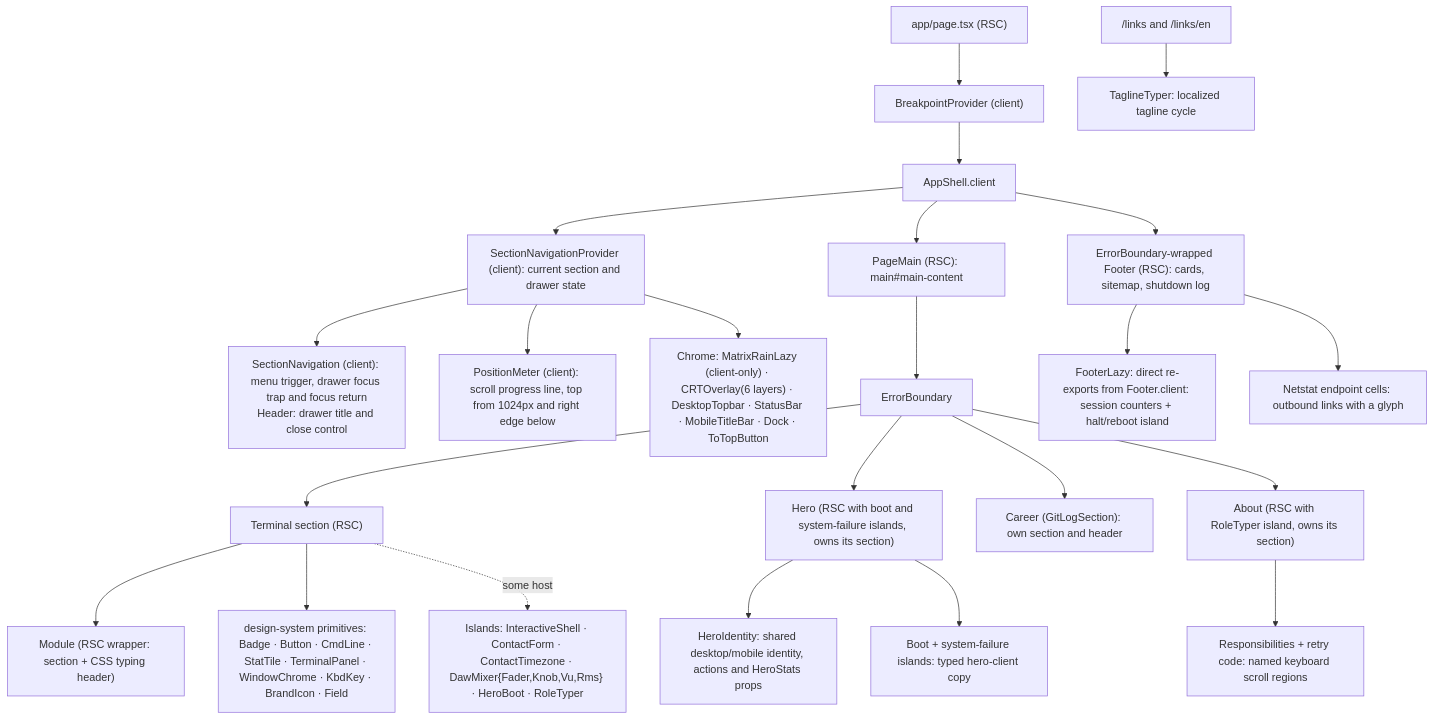
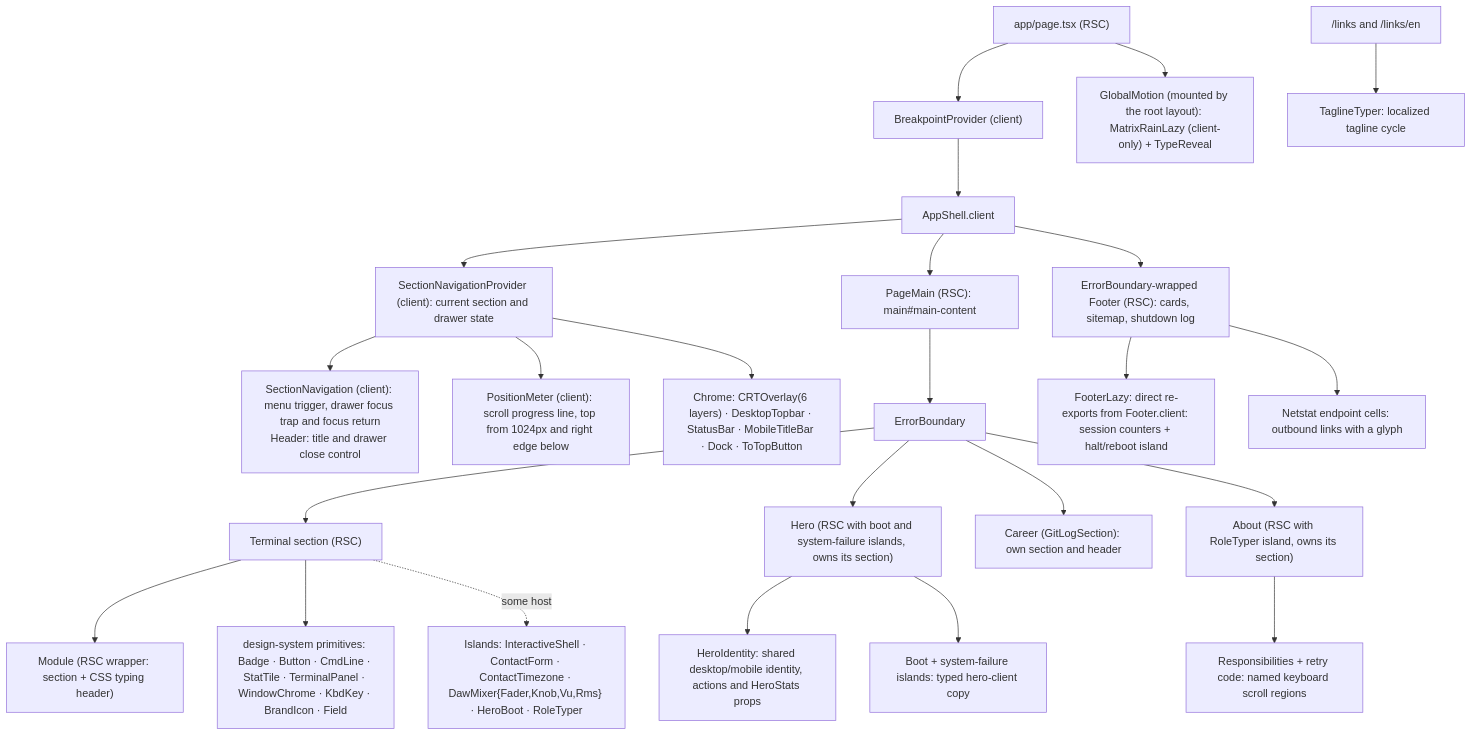
One commit to erikunha/portfolio changed the first of 2 diagrams in docs/04-components-and-state.md. Above: the diagram before and after it, drawn with Mermaid. The commit also changed other lines of this file and 26 other files, not shown here.

First line of the commit message:
docs(sync): re-sync docs and mermaid diagrams to the redesigned chrome

````diff
--- a/docs/04-components-and-state.md
+++ b/docs/04-components-and-state.md
@@ -30,25 +30,26 @@
 ```mermaid
 flowchart TD
     page["app/page.tsx (RSC)"] --> bp["BreakpointProvider (client)"]
     bp --> shell["AppShell.client"]
     shell --> navigation["SectionNavigationProvider (client): current section and drawer state"]
-    navigation --> rail["SectionNavigation (client): menu trigger, drawer focus trap and focus return<br/>Header: drawer title and close control"]
+    navigation --> rail["SectionNavigation (client): menu trigger, drawer focus trap and focus return<br/>Header: title and drawer close control"]
     navigation --> position["PositionMeter (client): scroll progress line, top from 1024px and right edge below"]
-    navigation --> chrome["Chrome: MatrixRainLazy (client-only) · CRTOverlay(6 layers) · DesktopTopbar · StatusBar · MobileTitleBar · Dock · ToTopButton"]
+    navigation --> chrome["Chrome: CRTOverlay(6 layers) · DesktopTopbar · StatusBar · MobileTitleBar · Dock · ToTopButton"]
+    page --> gm["GlobalMotion (mounted by the root layout): MatrixRainLazy (client-only) + TypeReveal"]
     shell --> main["PageMain (RSC): main#main-content"]
     main --> eb["ErrorBoundary"]
     eb --> sec["Terminal section (RSC)"]
     sec --> mod["Module (RSC wrapper: section + CSS typing header)"]
     sec --> dsp["design-system primitives: Badge · Button · CmdLine · StatTile · TerminalPanel · WindowChrome · KbdKey · BrandIcon · Field"]
     sec -. some host .-> isl["Islands: InteractiveShell · ContactForm · ContactTimezone · DawMixer{Fader,Knob,Vu,Rms} · HeroBoot · RoleTyper"]
     eb --> hero["Hero (RSC with boot and system-failure islands, owns its section)"]
     hero --> identity["HeroIdentity: shared desktop/mobile identity, actions and HeroStats props"]
     hero --> clientcopy["Boot + system-failure islands: typed hero-client copy"]
     eb --> career["Career (GitLogSection): own section and header"]
     eb --> about["About (RSC with RoleTyper island, owns its section)"]
     about --> scroll["Responsibilities + retry code: named keyboard scroll regions"]
     shell --> fl["ErrorBoundary-wrapped Footer (RSC): cards, sitemap, shutdown log"]
     fl --> fi["FooterLazy: direct re-exports from Footer.client: session counters + halt/reboot island"]
     fl --> fc["Netstat endpoint cells: outbound links with a glyph"]
     links["/links and /links/en"] --> tagline["TaglineTyper: localized tagline cycle"]
 ```
````
